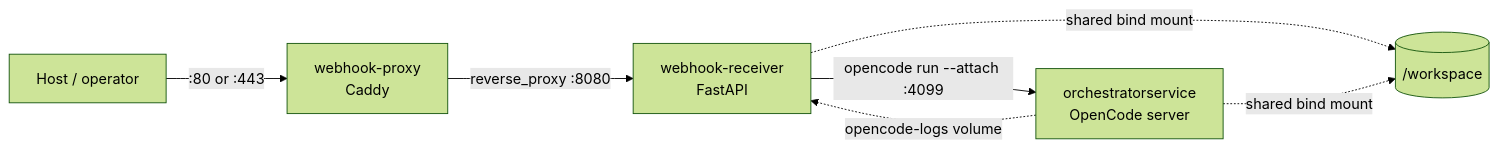
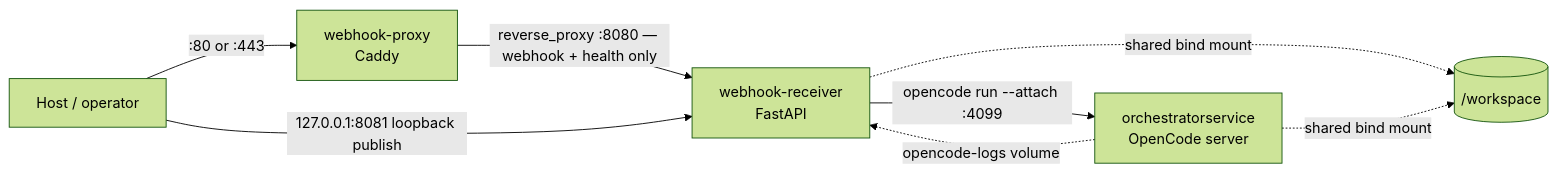
Before and after one commit to nam20485/orchestrator-service: the diagram in droid-wiki/deployment.md, drawn with Mermaid (forest theme). The commit also changed other lines of this file and 18 other files, not shown here.

````diff
--- a/droid-wiki/deployment.md
+++ b/droid-wiki/deployment.md
@@ -26,9 +26,10 @@
 ```mermaid
 graph LR
     Host[Host / operator] -->|":80 or :443"| Proxy[webhook-proxy\nCaddy]
-    Proxy -->|"reverse_proxy :8080"| Receiver[webhook-receiver\nFastAPI]
+    Proxy -->|"reverse_proxy :8080 — webhook + health only"| Receiver[webhook-receiver\nFastAPI]
+    Host -->|"127.0.0.1:8081 loopback publish"| Receiver
     Receiver -->|"opencode run --attach :4099"| Server[orchestratorservice\nOpenCode server]
     Receiver -. "shared bind mount" .-> Workspace[("/workspace")]
     Server -. "shared bind mount" .-> Workspace
     Server -. "opencode-logs volume" .-> Receiver
 ```
````
